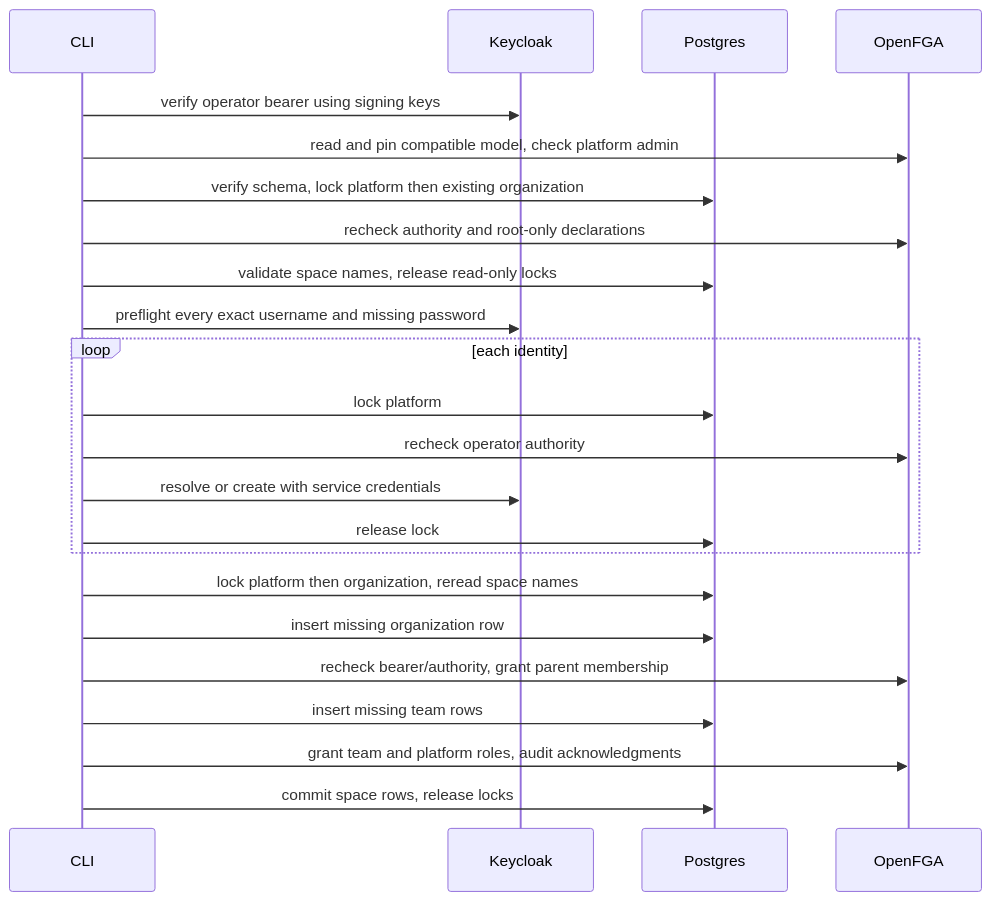
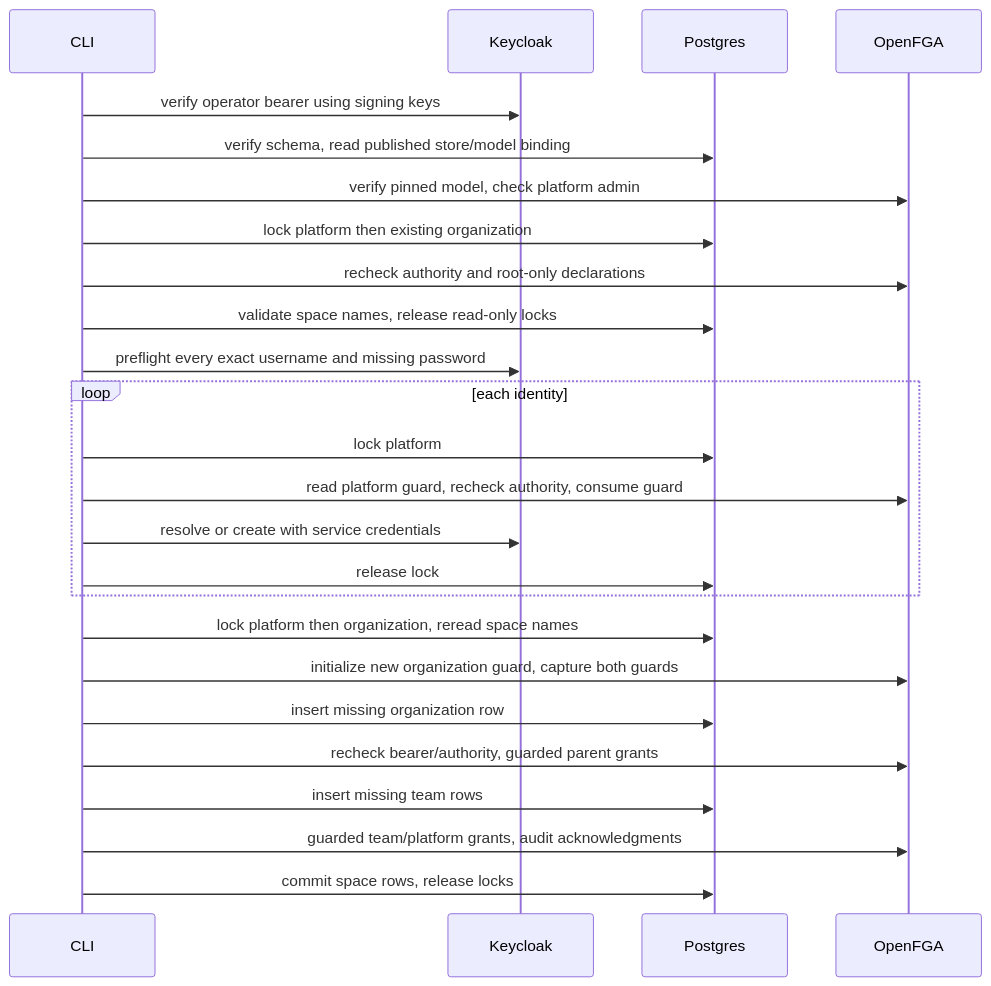
One commit to ThalesGroup/fred changed the seventh of 7 diagrams in docs/architecture/04-runtime.md. Above: the diagram before and after it, drawn with Mermaid. The commit also changed other lines of this file and 30 other files, not shown here.

````diff
--- a/docs/architecture/04-runtime.md
+++ b/docs/architecture/04-runtime.md
@@ -214,25 +217,27 @@
 ```mermaid
 sequenceDiagram
     participant C as CLI
     participant KC as Keycloak
     participant PG as Postgres
     participant FGA as OpenFGA
     C->>KC: verify operator bearer using signing keys
-    C->>FGA: read and pin compatible model, check platform admin
-    C->>PG: verify schema, lock platform then existing organization
+    C->>PG: verify schema, read published store/model binding
+    C->>FGA: verify pinned model, check platform admin
+    C->>PG: lock platform then existing organization
     C->>FGA: recheck authority and root-only declarations
     C->>PG: validate space names, release read-only locks
     C->>KC: preflight every exact username and missing password
     loop each identity
         C->>PG: lock platform
-        C->>FGA: recheck operator authority
+        C->>FGA: read platform guard, recheck authority, consume guard
         C->>KC: resolve or create with service credentials
         C->>PG: release lock
     end
     C->>PG: lock platform then organization, reread space names
+    C->>FGA: initialize new organization guard, capture both guards
     C->>PG: insert missing organization row
-    C->>FGA: recheck bearer/authority, grant parent membership
+    C->>FGA: recheck bearer/authority, guarded parent grants
     C->>PG: insert missing team rows
-    C->>FGA: grant team and platform roles, audit acknowledgments
+    C->>FGA: guarded team/platform grants, audit acknowledgments
     C->>PG: commit space rows, release locks
 ```
````
